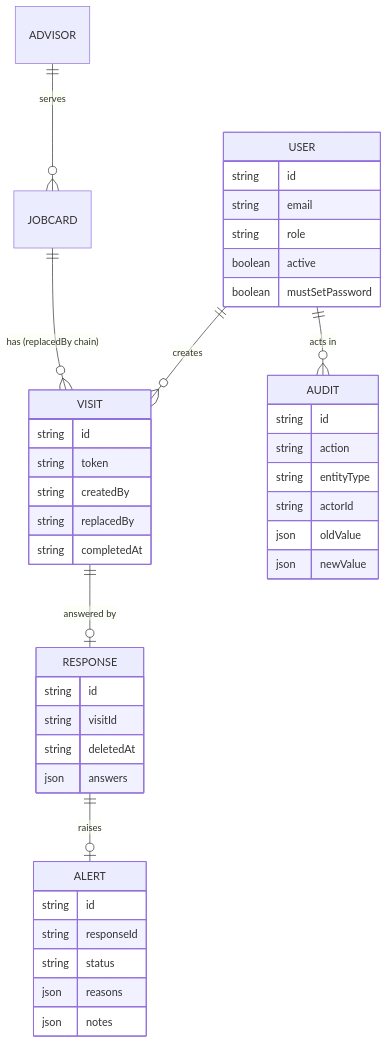
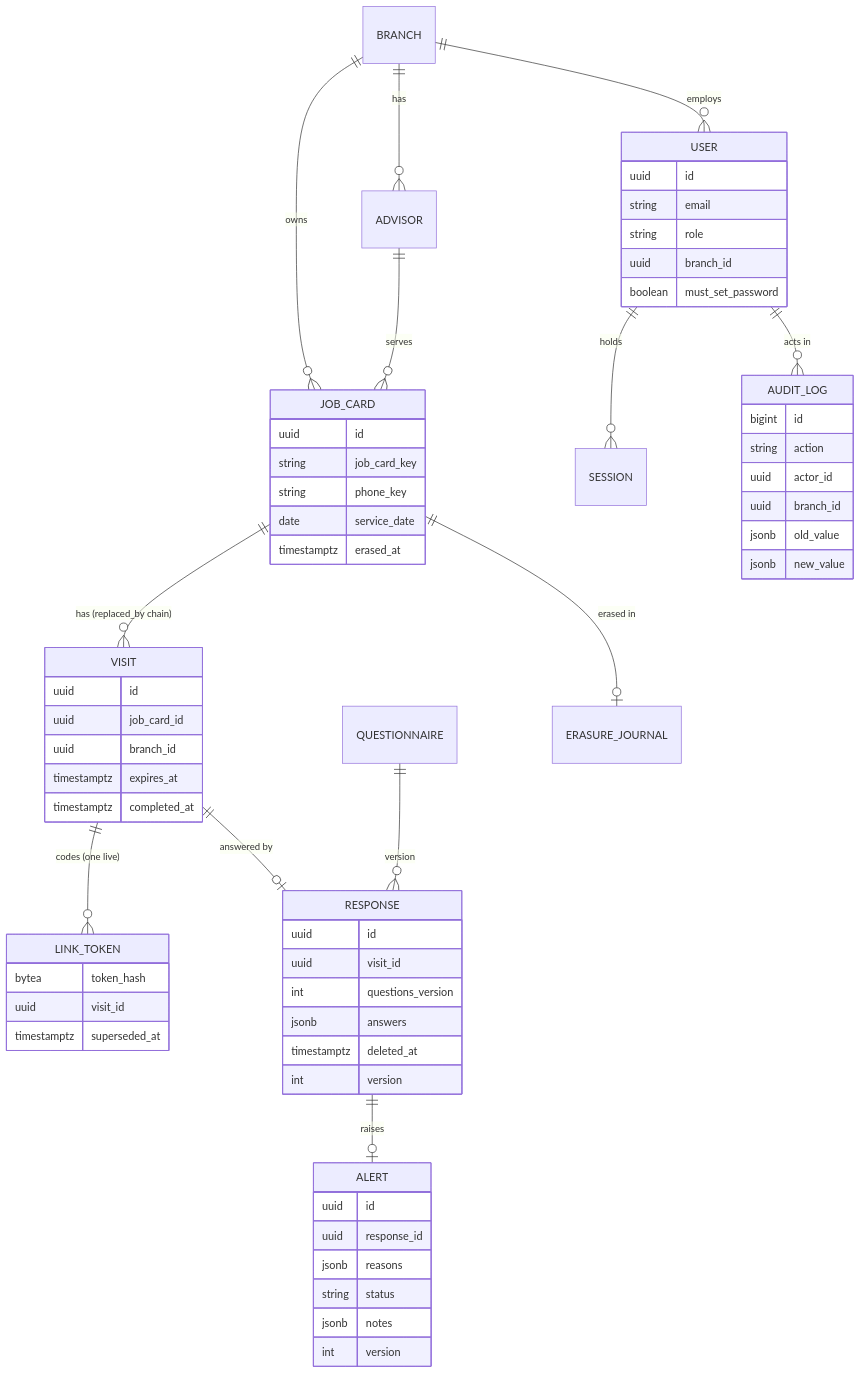
Before and after one commit to AbrahamLinksus/chandra-psf: the fourth of 4 diagrams in docs/ARCHITECTURE.md, drawn with Mermaid. The commit also changed other lines of this file and 8 other files, not shown here.

````diff
--- a/docs/ARCHITECTURE.md
+++ b/docs/ARCHITECTURE.md
@@ -99,14 +117,22 @@
 ```mermaid
 erDiagram
-  USER ||--o{ VISIT : creates
-  JOBCARD ||--o{ VISIT : "has (replacedBy chain)"
-  ADVISOR ||--o{ JOBCARD : serves
+  BRANCH ||--o{ USER : employs
+  BRANCH ||--o{ ADVISOR : has
+  BRANCH ||--o{ JOB_CARD : owns
+  ADVISOR ||--o{ JOB_CARD : serves
+  JOB_CARD ||--o{ VISIT : "has (replaced_by chain)"
+  VISIT ||--o{ LINK_TOKEN : "codes (one live)"
   VISIT ||--o| RESPONSE : "answered by"
+  QUESTIONNAIRE ||--o{ RESPONSE : version
   RESPONSE ||--o| ALERT : raises
-  USER ||--o{ AUDIT : "acts in"
-  USER { string id string email string role boolean active boolean mustSetPassword }
-  VISIT { string id string token string createdBy string replacedBy string completedAt }
-  RESPONSE { string id string visitId string deletedAt json answers }
-  ALERT { string id string responseId string status json reasons json notes }
-  AUDIT { string id string action string entityType string actorId json oldValue json newValue }
+  USER ||--o{ SESSION : holds
+  USER ||--o{ AUDIT_LOG : "acts in"
+  JOB_CARD ||--o| ERASURE_JOURNAL : "erased in"
+  USER { uuid id string email string role uuid branch_id boolean must_set_password }
+  JOB_CARD { uuid id string job_card_key string phone_key date service_date timestamptz erased_at }
+  VISIT { uuid id uuid job_card_id uuid branch_id timestamptz expires_at timestamptz completed_at }
+  LINK_TOKEN { bytea token_hash uuid visit_id timestamptz superseded_at }
+  RESPONSE { uuid id uuid visit_id int questions_version jsonb answers timestamptz deleted_at int version }
+  ALERT { uuid id uuid response_id jsonb reasons string status jsonb notes int version }
+  AUDIT_LOG { bigint id string action uuid actor_id uuid branch_id jsonb old_value jsonb new_value }
 ```
````
